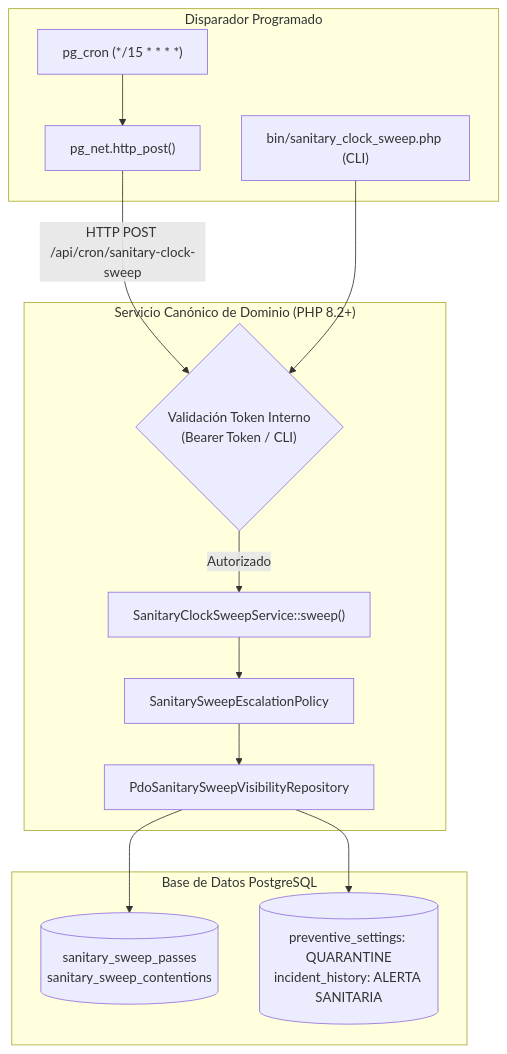
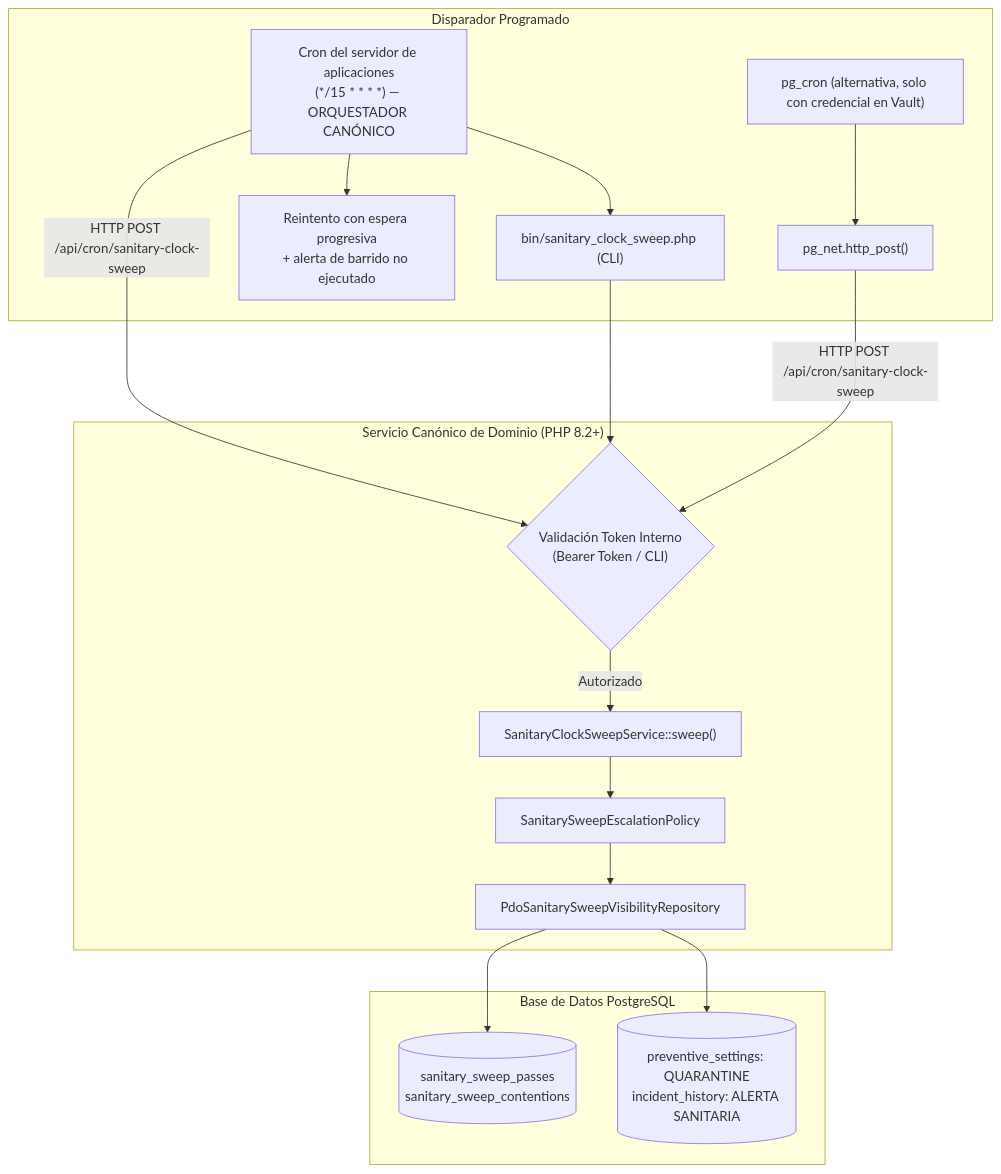
Before and after one commit to Rugsoft/VendGuard: the third of 3 diagrams in specs/12-hybrid-supabase-migration/plan.md, drawn with Mermaid. The commit also changed other lines of this file and 7 other files, not shown here.

````diff
--- a/specs/12-hybrid-supabase-migration/plan.md
+++ b/specs/12-hybrid-supabase-migration/plan.md
@@ -247,29 +275,34 @@
 ```mermaid
 flowchart TD
     subgraph Orquestacion ["Disparador Programado"]
-        CRON["pg_cron (*/15 * * * *)"]
+        SCHED["Cron del servidor de aplicaciones<br>(*/15 * * * *) — ORQUESTADOR CANÓNICO"]
+        LOCAL["bin/sanitary_clock_sweep.php (CLI)"]
+        RETRY["Reintento con espera progresiva<br>+ alerta de barrido no ejecutado"]
+        CRON["pg_cron (alternativa, solo con credencial en Vault)"]
         NET["pg_net.http_post()"]
-        LOCAL["bin/sanitary_clock_sweep.php (CLI)"]
     end
 
     subgraph Dominio ["Servicio Canónico de Dominio (PHP 8.2+)"]
         AUTH{"Validación Token Interno<br>(Bearer Token / CLI)"}
         SVC["SanitaryClockSweepService::sweep()"]
         POLICY["SanitarySweepEscalationPolicy"]
         VIS["PdoSanitarySweepVisibilityRepository"]
     end
 
     subgraph Persistencia ["Base de Datos PostgreSQL"]
         AUDIT[("sanitary_sweep_passes<br>sanitary_sweep_contentions")]
         STATUS[("preventive_settings: QUARANTINE<br>incident_history: ALERTA SANITARIA")]
     end
 
+    SCHED --> LOCAL
+    SCHED -->|HTTP POST /api/cron/sanitary-clock-sweep| AUTH
+    LOCAL --> AUTH
+    SCHED --> RETRY
     CRON --> NET
     NET -->|HTTP POST /api/cron/sanitary-clock-sweep| AUTH
-    LOCAL --> AUTH
     AUTH -->|Autorizado| SVC
     SVC --> POLICY
     POLICY --> VIS
     VIS --> AUDIT
     VIS --> STATUS
 ```
````
